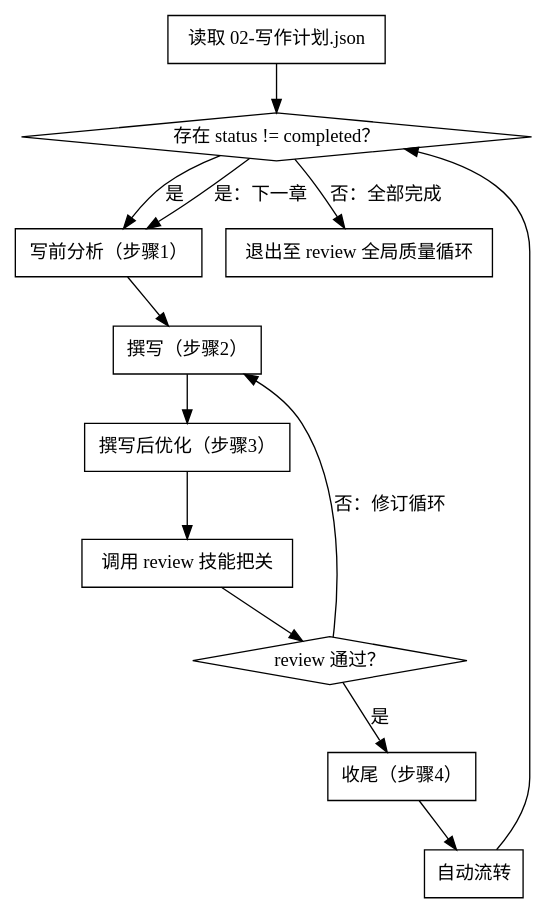
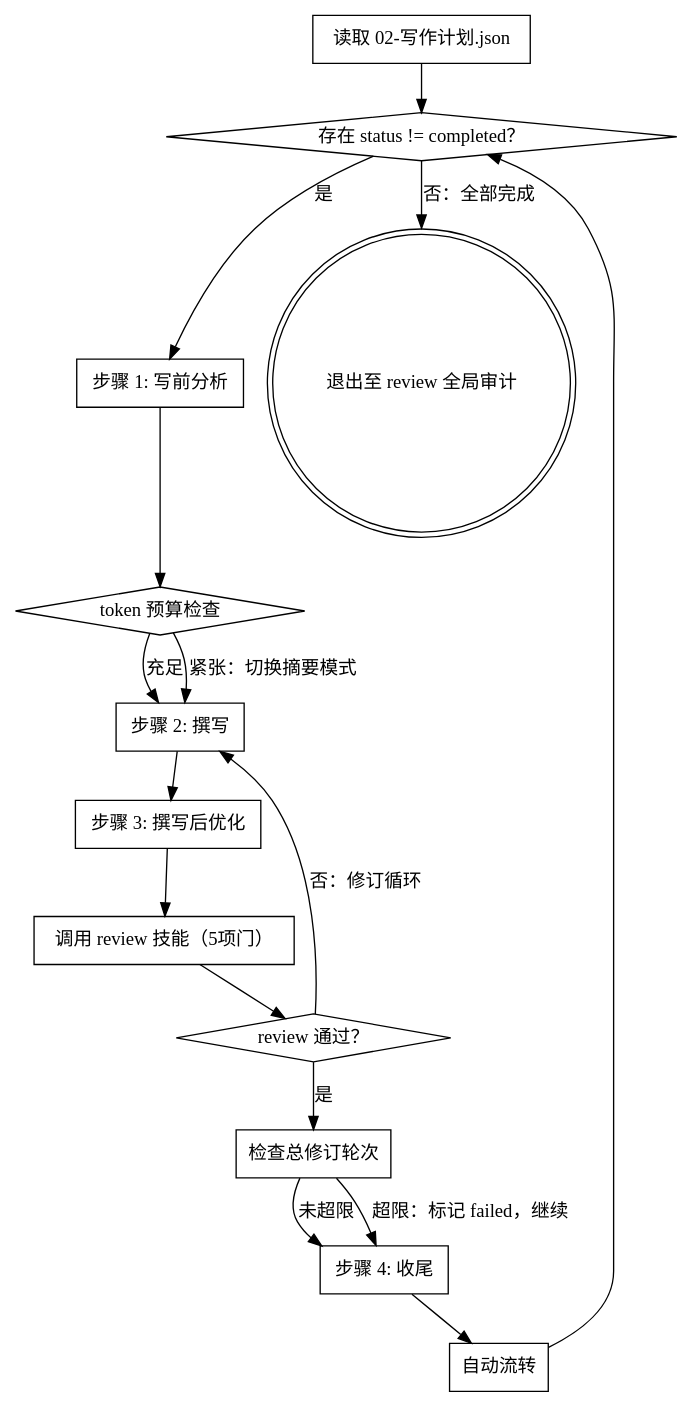
The diagram in novel-continuation/continuation/SKILL.md (wzwllu/novel-continuation), drawn with Graphviz before and after one commit. The commit also changed other lines of this file and 4 other files, not shown here.

First line of the commit message:
refactor(novel-continuation): comprehensive architecture review and 17-issue fix

````diff
--- a/novel-continuation/continuation/SKILL.md
+++ b/novel-continuation/continuation/SKILL.md
@@ -40,28 +43,32 @@
 ```dot
 digraph continuation_workflow {
     "读取 02-写作计划.json" [shape=box];
     "存在 status != completed？" [shape=diamond];
-    "写前分析（步骤1）" [shape=box];
-    "撰写（步骤2）" [shape=box];
-    "撰写后优化（步骤3）" [shape=box];
-    "调用 review 技能把关" [shape=box];
+    "步骤 1: 写前分析" [shape=box];
+    "token 预算检查" [shape=diamond];
+    "步骤 2: 撰写" [shape=box];
+    "步骤 3: 撰写后优化" [shape=box];
+    "调用 review 技能（5项门）" [shape=box];
     "review 通过？" [shape=diamond];
-    "收尾（步骤4）" [shape=box];
+    "检查总修订轮次" [shape=box];
+    "步骤 4: 收尾" [shape=box];
     "自动流转" [shape=box];
-    "存在 status != completed？" [shape=diamond];
-    "退出至 review 全局质量循环" [shape=box];
+    "退出至 review 全局审计" [shape=doublecircle];
 
     "读取 02-写作计划.json" -> "存在 status != completed？";
-    "存在 status != completed？" -> "写前分析（步骤1）" [label="是"];
-    "写前分析（步骤1）" -> "撰写（步骤2）";
-    "撰写（步骤2）" -> "撰写后优化（步骤3）";
-    "撰写后优化（步骤3）" -> "调用 review 技能把关";
-    "调用 review 技能把关" -> "review 通过？";
-    "review 通过？" -> "收尾（步骤4）" [label="是"];
-    "review 通过？" -> "撰写（步骤2）" [label="否：修订循环"];
-    "收尾（步骤4）" -> "自动流转";
+    "存在 status != completed？" -> "步骤 1: 写前分析" [label="是"];
+    "步骤 1: 写前分析" -> "token 预算检查";
+    "token 预算检查" -> "步骤 2: 撰写" [label="充足"];
+    "token 预算检查" -> "步骤 2: 撰写" [label="紧张：切换摘要模式"];
+    "步骤 2: 撰写" -> "步骤 3: 撰写后优化";
+    "步骤 3: 撰写后优化" -> "调用 review 技能（5项门）";
+    "调用 review 技能（5项门）" -> "review 通过？";
+    "review 通过？" -> "检查总修订轮次" [label="是"];
+    "review 通过？" -> "步骤 2: 撰写" [label="否：修订循环"];
+    "检查总修订轮次" -> "步骤 4: 收尾" [label="未超限"];
+    "检查总修订轮次" -> "步骤 4: 收尾" [label="超限：标记 failed，继续"];
+    "步骤 4: 收尾" -> "自动流转";
     "自动流转" -> "存在 status != completed？";
-    "存在 status != completed？" -> "写前分析（步骤1）" [label="是：下一章"];
-    "存在 status != completed？" -> "退出至 review 全局质量循环" [label="否：全部完成"];
+    "存在 status != completed？" -> "退出至 review 全局审计" [label="否：全部完成"];
 }
 ```
````
